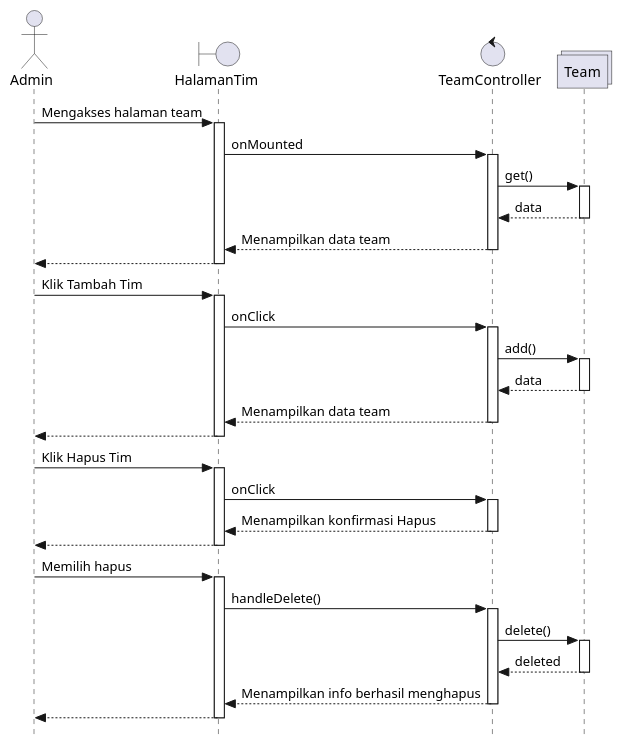
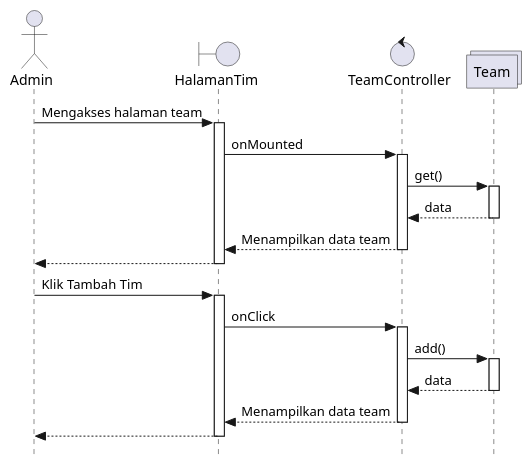
One commit to asepsunarya/ticketing-app changed the diagram in sytem-design/team.puml. Above: the diagram before and after it, drawn with PlantUML. The commit also changed 1 other file, not shown here.

```diff
--- a/sytem-design/team.puml
+++ b/sytem-design/team.puml
@@ -1,35 +1,23 @@
 @startuml "team"
 skinparam style strictuml
 
 actor Admin
 boundary HalamanTim as View
 control TeamController as Controller
 collections Team as Collection
 
 Admin -> View ++ : Mengakses halaman team
   View -> Controller ++: onMounted
     Controller -> Collection ++ : get()
     return data
   return Menampilkan data team
 return
 
 Admin -> View ++ : Klik Tambah Tim
   View -> Controller ++: onClick
     Controller -> Collection ++ : add()
     return data
   return Menampilkan data team
 return
 
-Admin -> View ++ : Klik Hapus Tim
-  View -> Controller ++: onClick
-  return Menampilkan konfirmasi Hapus
-return
-
-Admin -> View ++ : Memilih hapus
-  View -> Controller ++: handleDelete()
-    Controller -> Collection ++: delete()
-    return deleted
-  return Menampilkan info berhasil menghapus
-return
-
 @enduml
```
